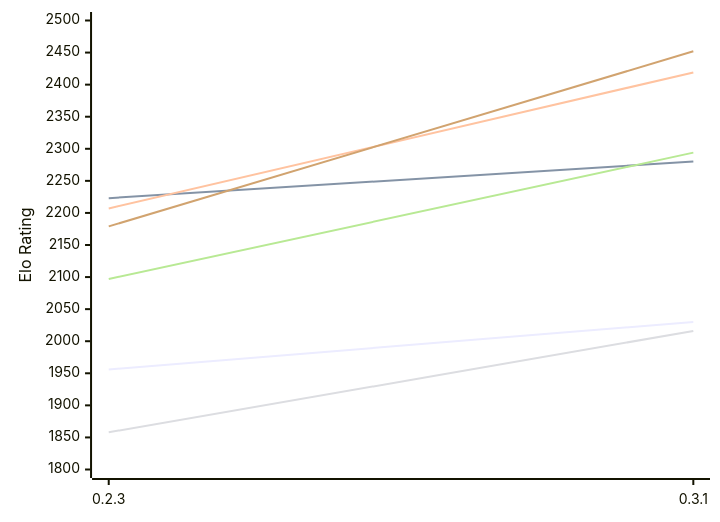
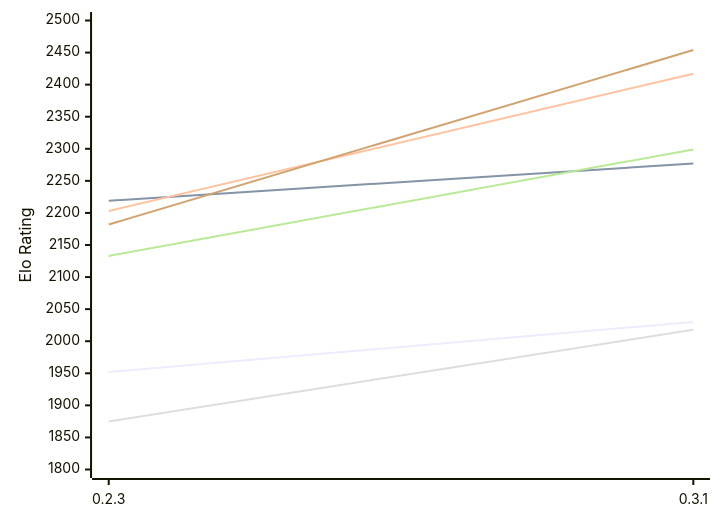
Before and after one commit to computer-chess-index/cci: the first of 2 diagrams in engines/Lolbot.md, drawn with Mermaid. The commit also changed other lines of this file, not shown here.

Commit message:
Update CCI Ratings (ELO VLTC) - 2026-11-21

````diff
--- a/engines/Lolbot.md
+++ b/engines/Lolbot.md
@@ -53,12 +53,12 @@
 ```mermaid
 %%{init: {"theme":"base","themeVariables":{"seriesColors:['#a3a3a3','#222221','#faa371']}}}%%
 xychart-beta
   x-axis ["0.2.3", "0.3.1"]
   y-axis "Elo Rating" 1800 --> 2500
-  line "E1: STC (8.0+0.08s)" [1956, 2030]
-  line "E1: LTC (60.0+0.60s)" [2223, 2280]
-  line "E1: VLTC (2m24s+1.12s)" [2207, 2419]
-  line "P1: STC (8.0+0.08s)" [1858, 2016]
-  line "P1: LTC (60.0+0.60s)" [2097, 2294]
-  line "P1: VLTC (2m24s+1.12s)" [2179, 2452]
+  line "E1: STC (8.0+0.08s)" [1952, 2030]
+  line "E1: LTC (60.0+0.60s)" [2219, 2277]
+  line "E1: VLTC (2m24s+1.12s)" [2203, 2417]
+  line "P1: STC (8.0+0.08s)" [1875, 2018]
+  line "P1: LTC (60.0+0.60s)" [2133, 2299]
+  line "P1: VLTC (2m24s+1.12s)" [2182, 2454]
 ```
````
